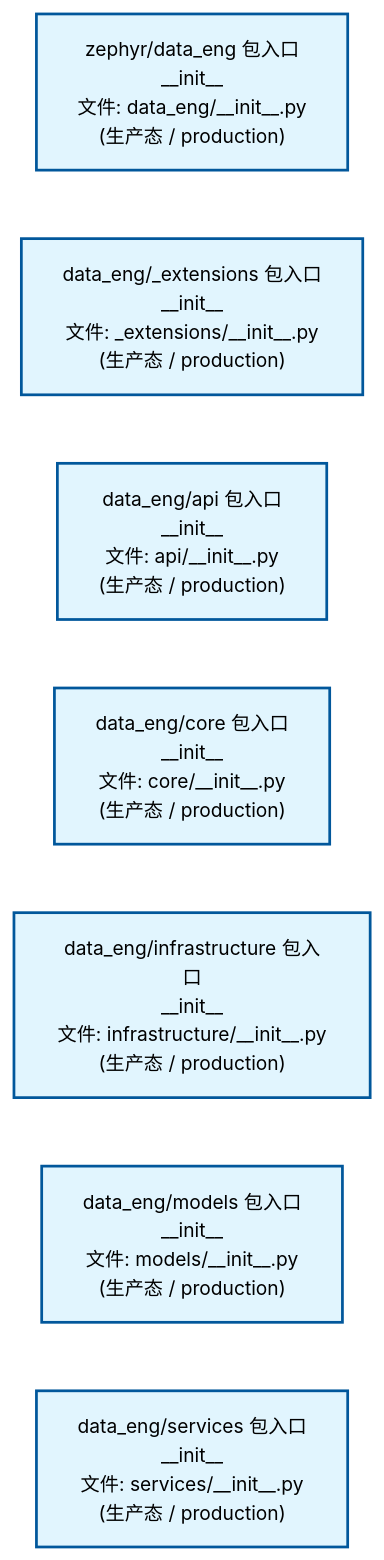
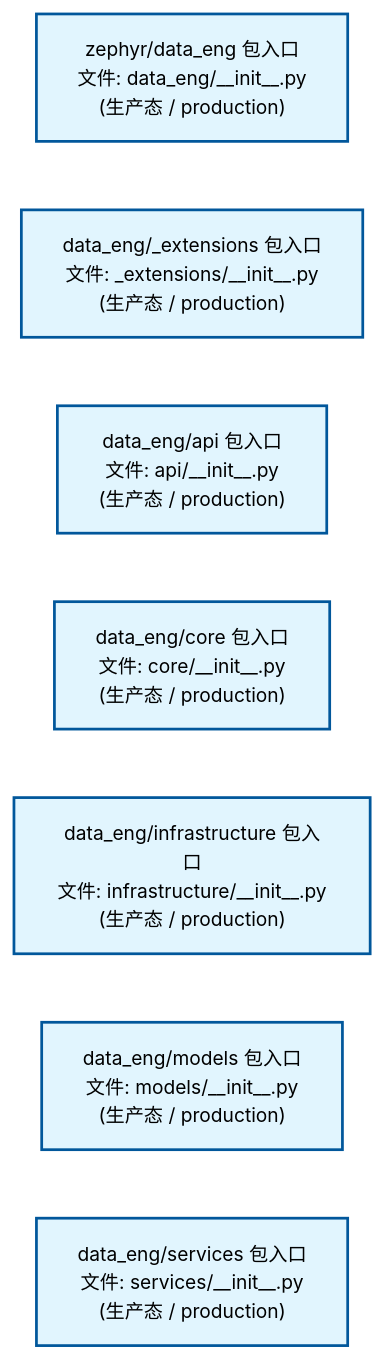
Before and after one commit to xuanFelixVan/ZephyrAlpha: the second of 2 diagrams in docs/02_enterprise_architecture/02_domain_architecture_docs/12_d_data_eng.md, drawn with Mermaid. The commit also changed other lines of this file and 58 other files, not shown here.

````diff
--- a/docs/02_enterprise_architecture/02_domain_architecture_docs/12_d_data_eng.md
+++ b/docs/02_enterprise_architecture/02_domain_architecture_docs/12_d_data_eng.md
@@ -80,22 +80,22 @@
 ```mermaid
 %%{init: {'theme': 'base', 'themeVariables': {'primaryColor': '#eaeaea', 'primaryTextColor': '#333333', 'primaryBorderColor': '#666666', 'lineColor': '#666666', 'secondaryColor': '#eaeaea', 'tertiaryColor': '#eaeaea', 'fontSize': '14px'}}}%%
 flowchart TD
-    src_zephyr_data_eng_init_py["zephyr/data_eng 包入口<br/>__init__<br/>文件: data_eng/__init__.py<br/>(生产态 / production)"]
-    src_zephyr_data_eng_extensions_init_py["data_eng/_extensions 包入口<br/>__init__<br/>文件: _extensions/__init__.py<br/>(生产态 / production)"]
-    src_zephyr_data_eng_api_init_py["data_eng/api 包入口<br/>__init__<br/>文件: api/__init__.py<br/>(生产态 / production)"]
-    src_zephyr_data_eng_core_init_py["data_eng/core 包入口<br/>__init__<br/>文件: core/__init__.py<br/>(生产态 / production)"]
-    src_zephyr_data_eng_infrastructure_init_py["data_eng/infrastructure 包入口<br/>__init__<br/>文件: infrastructure/__init__.py<br/>(生产态 / production)"]
-    src_zephyr_data_eng_models_init_py["data_eng/models 包入口<br/>__init__<br/>文件: models/__init__.py<br/>(生产态 / production)"]
-    src_zephyr_data_eng_services_init_py["data_eng/services 包入口<br/>__init__<br/>文件: services/__init__.py<br/>(生产态 / production)"]
+    src_zephyr_data_eng_init_py["zephyr/data_eng 包入口<br/>文件: data_eng/__init__.py<br/>(生产态 / production)"]
+    src_zephyr_data_eng_extensions_init_py["data_eng/_extensions 包入口<br/>文件: _extensions/__init__.py<br/>(生产态 / production)"]
+    src_zephyr_data_eng_api_init_py["data_eng/api 包入口<br/>文件: api/__init__.py<br/>(生产态 / production)"]
+    src_zephyr_data_eng_core_init_py["data_eng/core 包入口<br/>文件: core/__init__.py<br/>(生产态 / production)"]
+    src_zephyr_data_eng_infrastructure_init_py["data_eng/infrastructure 包入口<br/>文件: infrastructure/__init__.py<br/>(生产态 / production)"]
+    src_zephyr_data_eng_models_init_py["data_eng/models 包入口<br/>文件: models/__init__.py<br/>(生产态 / production)"]
+    src_zephyr_data_eng_services_init_py["data_eng/services 包入口<br/>文件: services/__init__.py<br/>(生产态 / production)"]
     src_zephyr_data_eng_init_py ~~~ src_zephyr_data_eng_extensions_init_py
     src_zephyr_data_eng_extensions_init_py ~~~ src_zephyr_data_eng_api_init_py
     src_zephyr_data_eng_api_init_py ~~~ src_zephyr_data_eng_core_init_py
     src_zephyr_data_eng_core_init_py ~~~ src_zephyr_data_eng_infrastructure_init_py
     src_zephyr_data_eng_infrastructure_init_py ~~~ src_zephyr_data_eng_models_init_py
     src_zephyr_data_eng_models_init_py ~~~ src_zephyr_data_eng_services_init_py
     classDef production fill:#e1f5fe,stroke:#01579b,stroke-width:2px,color:#000
     classDef design fill:#fff3e0,stroke:#e65100,stroke-width:2px,color:#000,stroke-dasharray: 5 5
     classDef external_prod fill:#e8f4fd,stroke:#0277bd,stroke-width:1px,color:#000
     classDef external_design fill:#fff8e7,stroke:#ef6c00,stroke-width:1px,color:#000,stroke-dasharray: 5 5
     class src_zephyr_data_eng_init_py,src_zephyr_data_eng_extensions_init_py,src_zephyr_data_eng_api_init_py,src_zephyr_data_eng_core_init_py,src_zephyr_data_eng_infrastructure_init_py,src_zephyr_data_eng_models_init_py,src_zephyr_data_eng_services_init_py production
 ```
````
